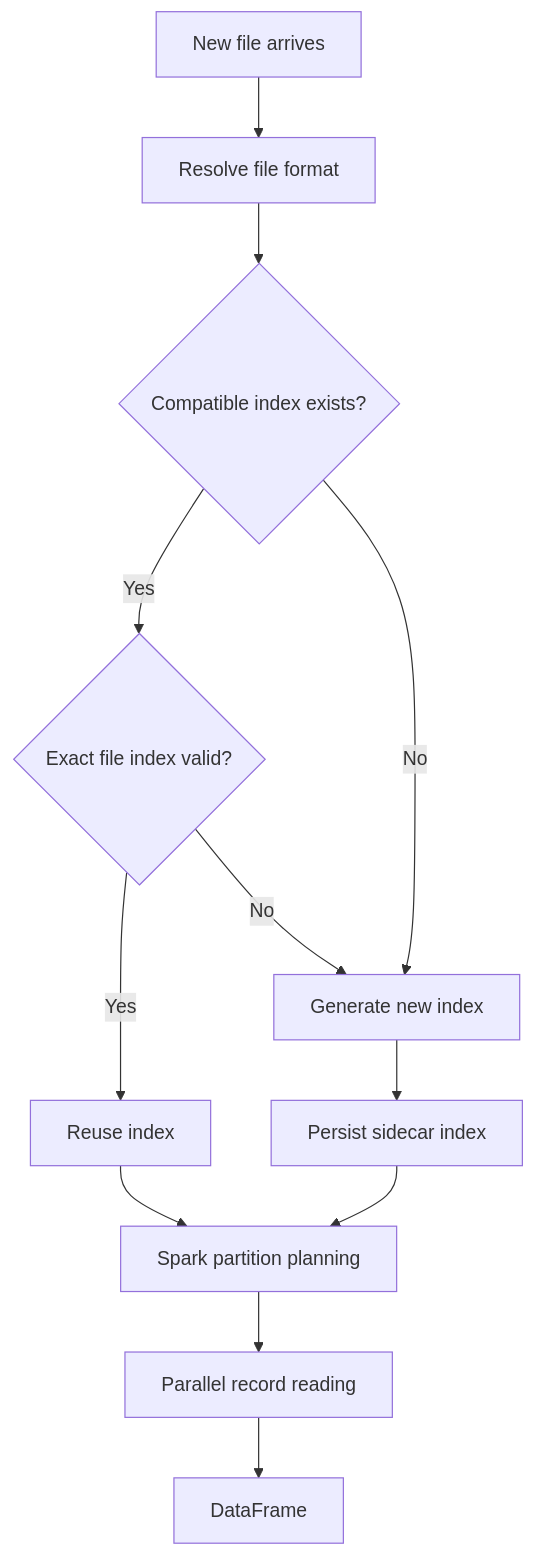
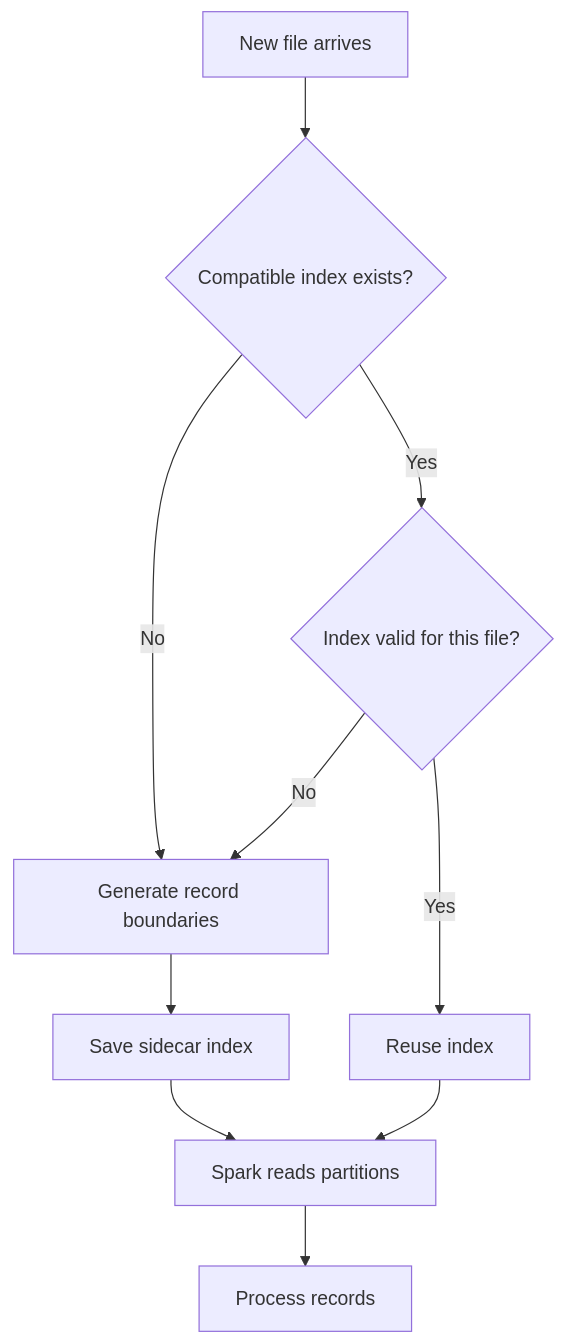
One commit to yassinessadi/Ecopass-cobol changed the diagram in README.md. Above: the diagram before and after it, drawn with Mermaid. The commit also changed other lines of this file, not shown here.

````diff
--- a/README.md
+++ b/README.md
@@ -163,14 +11,12 @@
 ```mermaid
 flowchart TD
-    A[New file arrives] --> B[Resolve file format]
-    B --> C{Compatible index exists?}
-    C -->|Yes| D{Exact file index valid?}
-    C -->|No| E[Generate new index]
-    D -->|Yes| F[Reuse index]
-    D -->|No| E
-    E --> G[Persist sidecar index]
-    F --> H[Spark partition planning]
-    G --> H
-    H --> I[Parallel record reading]
-    I --> J[DataFrame]
+    A[New file arrives] --> B{Compatible index exists?}
+    B -->|Yes| C{Index valid for this file?}
+    B -->|No| D[Generate record boundaries]
+    C -->|Yes| E[Reuse index]
+    C -->|No| D
+    D --> F[Save sidecar index]
+    F --> G[Spark reads partitions]
+    E --> G
+    G --> H[Process records]
 ```
````
